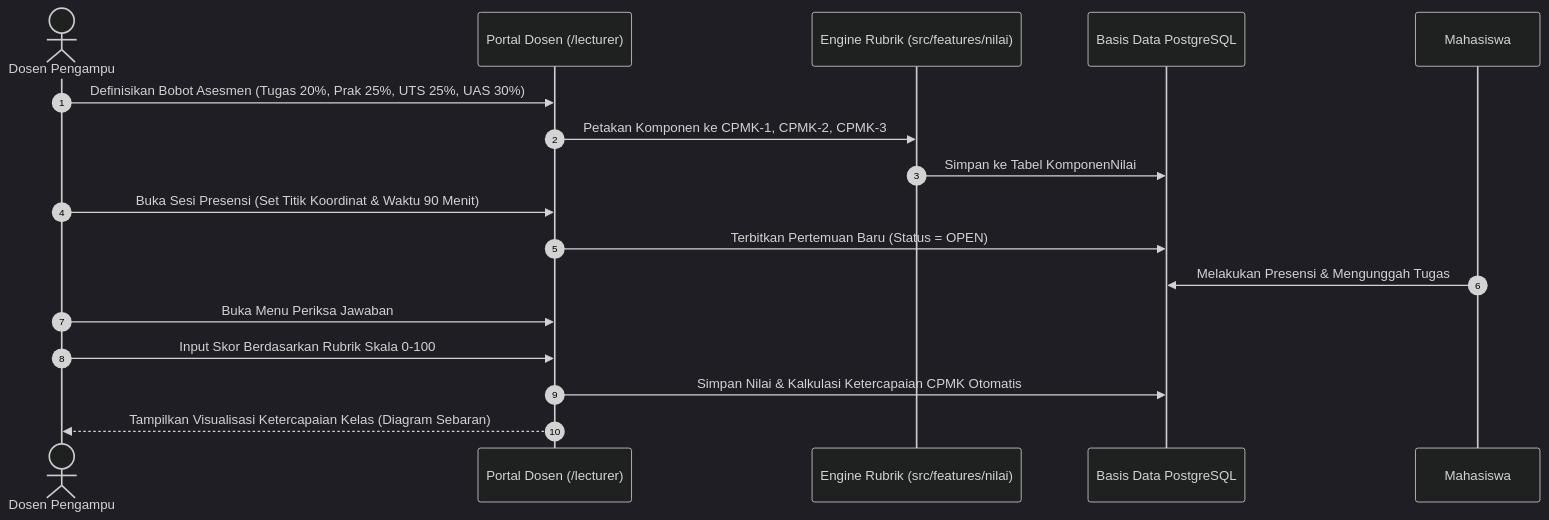
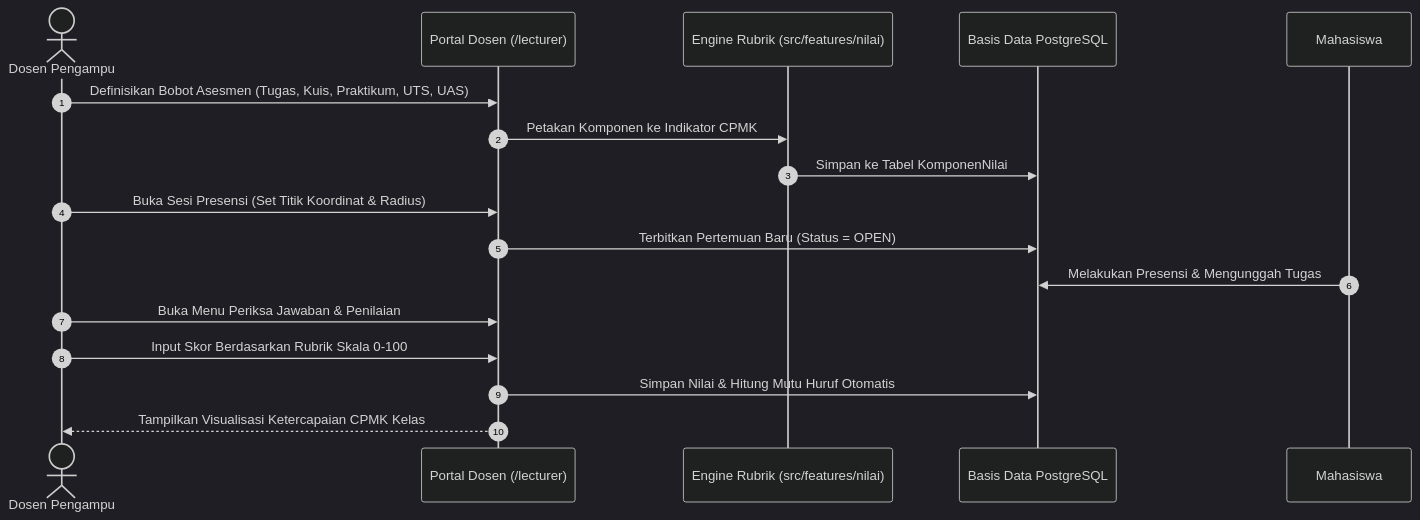
Before and after one commit to wahyualdir/Sistem-Pembelajaran: the third of 7 diagrams in docs/ARSITEKTUR_PER_ROLE.md, drawn with Mermaid (dark theme). The commit also changed other lines of this file and 1 other file, not shown here.

Commit message:
docs: add verified codebase use-case diagrams and harmonize per-role architecture with implementation facts

````diff
--- a/docs/ARSITEKTUR_PER_ROLE.md
+++ b/docs/ARSITEKTUR_PER_ROLE.md
@@ -68,23 +112,23 @@
 ```mermaid
 sequenceDiagram
     autonumber
     actor Dsn as Dosen Pengampu
     participant UI as Portal Dosen (/lecturer)
     participant Rubrik as Engine Rubrik (src/features/nilai)
     participant DB as Basis Data PostgreSQL
     participant Mhs as Mahasiswa
 
-    Dsn->>UI: Definisikan Bobot Asesmen (Tugas 20%, Prak 25%, UTS 25%, UAS 30%)
-    UI->>Rubrik: Petakan Komponen ke CPMK-1, CPMK-2, CPMK-3
+    Dsn->>UI: Definisikan Bobot Asesmen (Tugas, Kuis, Praktikum, UTS, UAS)
+    UI->>Rubrik: Petakan Komponen ke Indikator CPMK
     Rubrik->>DB: Simpan ke Tabel KomponenNilai
 
-    Dsn->>UI: Buka Sesi Presensi (Set Titik Koordinat & Waktu 90 Menit)
+    Dsn->>UI: Buka Sesi Presensi (Set Titik Koordinat & Radius)
     UI->>DB: Terbitkan Pertemuan Baru (Status = OPEN)
 
     Mhs->>DB: Melakukan Presensi & Mengunggah Tugas
     
-    Dsn->>UI: Buka Menu Periksa Jawaban
+    Dsn->>UI: Buka Menu Periksa Jawaban & Penilaian
     Dsn->>UI: Input Skor Berdasarkan Rubrik Skala 0-100
-    UI->>DB: Simpan Nilai & Kalkulasi Ketercapaian CPMK Otomatis
-    UI-->>Dsn: Tampilkan Visualisasi Ketercapaian Kelas (Diagram Sebaran)
+    UI->>DB: Simpan Nilai & Hitung Mutu Huruf Otomatis
+    UI-->>Dsn: Tampilkan Visualisasi Ketercapaian CPMK Kelas
 ```
````
